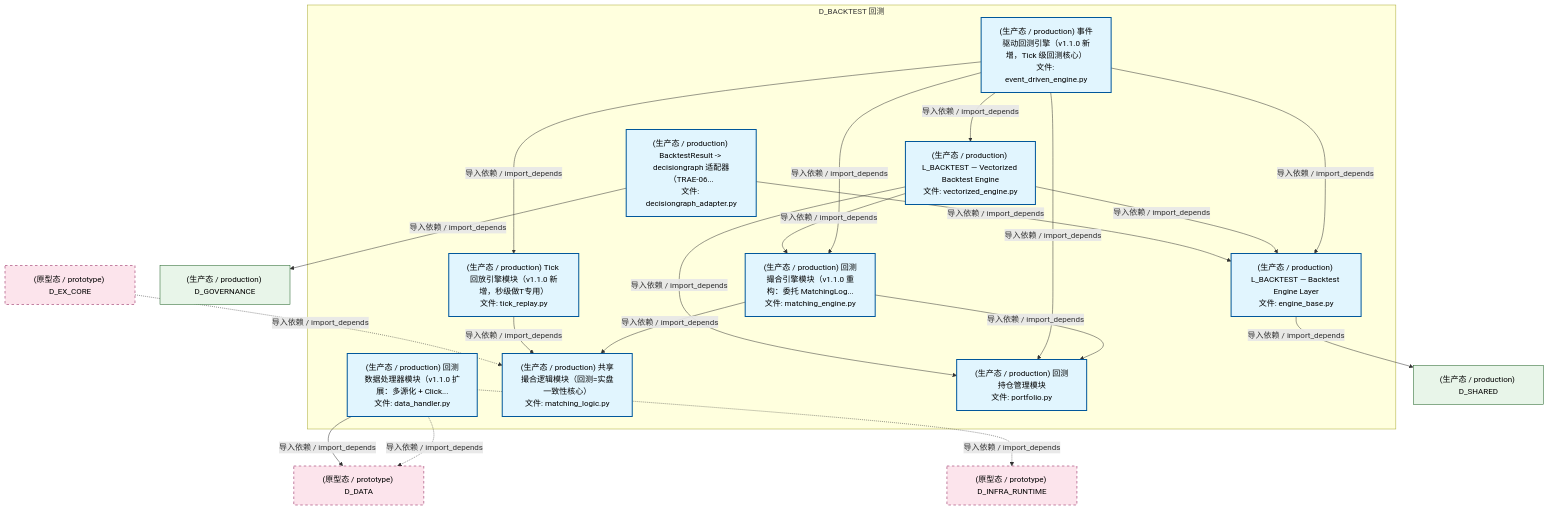
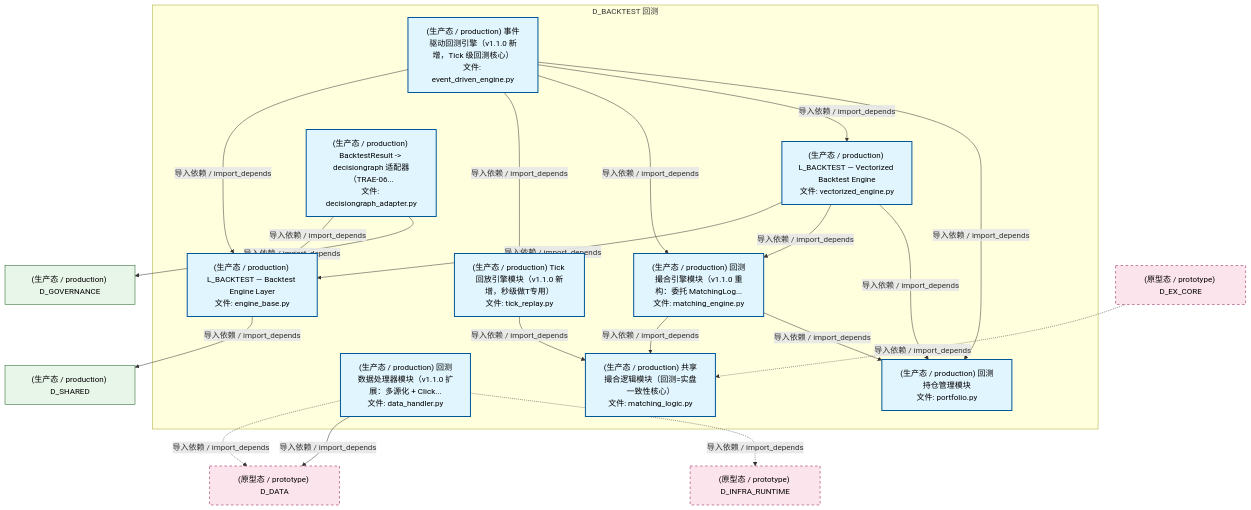
Before and after one commit to xuanFelixVan/ZephyrAlpha: the second of 5 diagrams in docs/02_enterprise_architecture/02_domain_architecture_docs/30_d_backtest.md, drawn with Mermaid. The commit also changed other lines of this file and 126 other files, not shown here.

````diff
--- a/docs/02_enterprise_architecture/02_domain_architecture_docs/30_d_backtest.md
+++ b/docs/02_enterprise_architecture/02_domain_architecture_docs/30_d_backtest.md
@@ -182,44 +182,44 @@
 ```mermaid
 graph TD
     subgraph D_BACKTEST["D_BACKTEST 回测"]
         src_zephyr_backtest_core_data_handler_py["(生产态 / production) 回测数据处理器模块（v1.1.0 扩展：多源化 + Click...<br/>文件: data_handler.py"]
         src_zephyr_backtest_core_engine_base_py["(生产态 / production) L_BACKTEST — Backtest Engine Layer<br/>文件: engine_base.py"]
         src_zephyr_backtest_core_matching_engine_py["(生产态 / production) 回测撮合引擎模块（v1.1.0 重构：委托 MatchingLog...<br/>文件: matching_engine.py"]
         src_zephyr_backtest_core_matching_logic_py["(生产态 / production) 共享撮合逻辑模块（回测=实盘一致性核心）<br/>文件: matching_logic.py"]
         src_zephyr_backtest_core_portfolio_py["(生产态 / production) 回测持仓管理模块<br/>文件: portfolio.py"]
         src_zephyr_backtest_core_tick_replay_py["(生产态 / production) Tick 回放引擎模块（v1.1.0 新增，秒级做T专用）<br/>文件: tick_replay.py"]
         src_zephyr_backtest_implementations_event_driven_engine_py["(生产态 / production) 事件驱动回测引擎（v1.1.0 新增，Tick 级回测核心）<br/>文件: event_driven_engine.py"]
         src_zephyr_backtest_implementations_vectorized_engine_py["(生产态 / production) L_BACKTEST — Vectorized Backtest Engine<br/>文件: vectorized_engine.py"]
         src_zephyr_backtest_io_decisiongraph_adapter_py["(生产态 / production) BacktestResult -> decisiongraph 适配器（TRAE-06...<br/>文件: decisiongraph_adapter.py"]
     end
+    src_zephyr_backtest_core_tick_replay_py -->|导入依赖 / import_depends| src_zephyr_backtest_core_matching_logic_py
     src_zephyr_backtest_core_matching_engine_py -->|导入依赖 / import_depends| src_zephyr_backtest_core_matching_logic_py
     src_zephyr_backtest_core_matching_engine_py -->|导入依赖 / import_depends| src_zephyr_backtest_core_portfolio_py
-    src_zephyr_backtest_implementations_event_driven_engine_py -->|导入依赖 / import_depends| src_zephyr_backtest_core_matching_engine_py
-    src_zephyr_backtest_implementations_event_driven_engine_py -->|导入依赖 / import_depends| src_zephyr_backtest_core_portfolio_py
     src_zephyr_backtest_implementations_event_driven_engine_py -->|导入依赖 / import_depends| src_zephyr_backtest_core_engine_base_py
     src_zephyr_backtest_implementations_event_driven_engine_py -->|导入依赖 / import_depends| src_zephyr_backtest_core_tick_replay_py
+    src_zephyr_backtest_implementations_event_driven_engine_py -->|导入依赖 / import_depends| src_zephyr_backtest_core_matching_engine_py
     src_zephyr_backtest_implementations_event_driven_engine_py -->|导入依赖 / import_depends| src_zephyr_backtest_implementations_vectorized_engine_py
-    src_zephyr_backtest_core_tick_replay_py -->|导入依赖 / import_depends| src_zephyr_backtest_core_matching_logic_py
+    src_zephyr_backtest_implementations_event_driven_engine_py -->|导入依赖 / import_depends| src_zephyr_backtest_core_portfolio_py
+    src_zephyr_backtest_implementations_vectorized_engine_py -->|导入依赖 / import_depends| src_zephyr_backtest_core_engine_base_py
     src_zephyr_backtest_implementations_vectorized_engine_py -->|导入依赖 / import_depends| src_zephyr_backtest_core_matching_engine_py
     src_zephyr_backtest_implementations_vectorized_engine_py -->|导入依赖 / import_depends| src_zephyr_backtest_core_portfolio_py
-    src_zephyr_backtest_implementations_vectorized_engine_py -->|导入依赖 / import_depends| src_zephyr_backtest_core_engine_base_py
     src_zephyr_backtest_io_decisiongraph_adapter_py -->|导入依赖 / import_depends| src_zephyr_backtest_core_engine_base_py
+    D_SHARED["(生产态 / production) D_SHARED"]
+    src_zephyr_backtest_core_engine_base_py -->|导入依赖 / import_depends| D_SHARED
     D_DATA["(原型态 / prototype) D_DATA"]
     src_zephyr_backtest_core_data_handler_py -.->|导入依赖 / import_depends| D_DATA
     src_zephyr_backtest_core_data_handler_py -->|导入依赖 / import_depends| D_DATA
     D_INFRA_RUNTIME["(原型态 / prototype) D_INFRA_RUNTIME"]
     src_zephyr_backtest_core_data_handler_py -.->|导入依赖 / import_depends| D_INFRA_RUNTIME
-    D_SHARED["(生产态 / production) D_SHARED"]
-    src_zephyr_backtest_core_engine_base_py -->|导入依赖 / import_depends| D_SHARED
     D_GOVERNANCE["(生产态 / production) D_GOVERNANCE"]
     src_zephyr_backtest_io_decisiongraph_adapter_py -->|导入依赖 / import_depends| D_GOVERNANCE
     D_EX_CORE["(原型态 / prototype) D_EX_CORE"]
     D_EX_CORE -.->|导入依赖 / import_depends| src_zephyr_backtest_core_matching_logic_py
     classDef production fill:#e1f5fe,stroke:#01579b,stroke-width:2px,color:#000
     classDef design fill:#fff3e0,stroke:#e65100,stroke-width:2px,color:#000,stroke-dasharray: 5 5
     classDef external_prod fill:#e8f5e9,stroke:#1b5e20,stroke-width:1px,color:#000
     classDef external_design fill:#fce4ec,stroke:#880e4f,stroke-width:1px,color:#000,stroke-dasharray: 5 5
     class src_zephyr_backtest_core_data_handler_py,src_zephyr_backtest_core_engine_base_py,src_zephyr_backtest_core_matching_engine_py,src_zephyr_backtest_core_matching_logic_py,src_zephyr_backtest_core_portfolio_py,src_zephyr_backtest_core_tick_replay_py,src_zephyr_backtest_implementations_event_driven_engine_py,src_zephyr_backtest_implementations_vectorized_engine_py,src_zephyr_backtest_io_decisiongraph_adapter_py production
     class D_SHARED,D_GOVERNANCE external_prod
     class D_DATA,D_INFRA_RUNTIME,D_EX_CORE external_design
 ```
````
